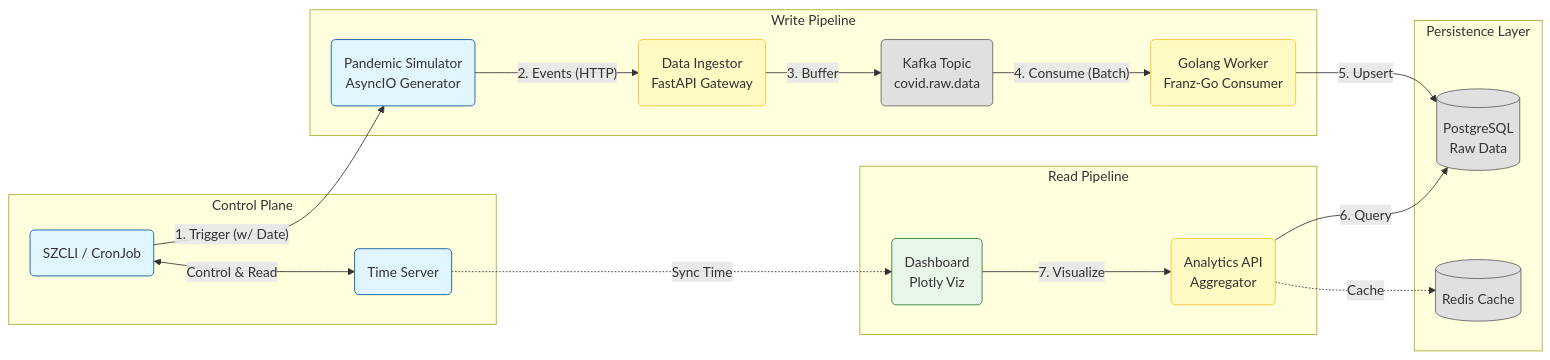
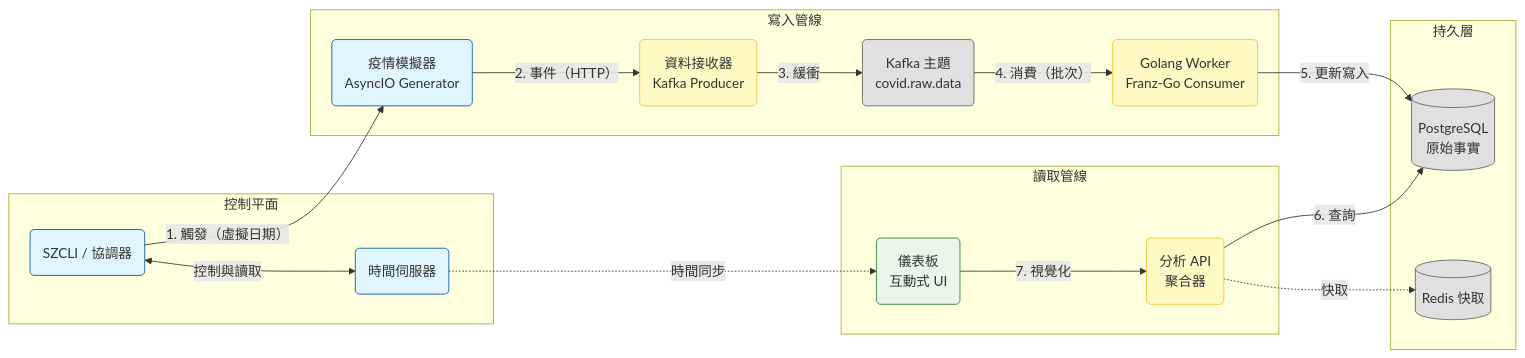
Before and after one commit to SafeChord/Docs: the diagram in docs/zh/safechord.safezone.md, drawn with Mermaid. The commit also changed other lines of this file and 27 other files, not shown here.

````diff
--- a/docs/zh/safechord.safezone.md
+++ b/docs/zh/safechord.safezone.md
@@ -41,47 +12,47 @@
 ```mermaid
 graph LR
-    %% 樣式定義
+    %% 樣式
     classDef source fill:#e1f5fe,stroke:#01579b;
     classDef process fill:#fff9c4,stroke:#fbc02d;
     classDef storage fill:#e0e0e0,stroke:#616161;
     classDef view fill:#e8f5e9,stroke:#2e7d32;
 
-    %% 觸發源
-    subgraph Trigger [Control Plane]
-        CLI(SZCLI / CronJob):::source
-        Time(Time Server):::source
+    %% 控制平面
+    subgraph Trigger [控制平面]
+        CLI(SZCLI / 協調器):::source
+        Time(時間伺服器):::source
     end
 
     %% 寫入路徑
-    subgraph WritePath [Write Pipeline]
-        Sim(Pandemic Simulator<br/>AsyncIO Generator):::source
-        Ingest(Data Ingestor<br/>FastAPI Gateway):::process
-        Kafka(Kafka Topic<br/>covid.raw.data):::storage
+    subgraph WritePath [寫入管線]
+        Sim(疫情模擬器<br/>AsyncIO Generator):::source
+        Ingest(資料接收器<br/>Kafka Producer):::process
+        Kafka(Kafka 主題<br/>covid.raw.data):::storage
         Worker(Golang Worker<br/>Franz-Go Consumer):::process
     end
 
-    %% 儲存層
-    subgraph DataStore [Persistence Layer]
-        DB[(PostgreSQL<br/>Raw Data)]:::storage
-        Redis[(Redis Cache)]:::storage
+    %% 持久儲存
+    subgraph DataStore [持久層]
+        DB[(PostgreSQL<br/>原始事實)]:::storage
+        Redis[(Redis 快取)]:::storage
     end
 
     %% 讀取路徑
-    subgraph ReadPath [Read Pipeline]
-        API(Analytics API<br/>Aggregator):::process
-        Dash(Dashboard<br/>Plotly Viz):::view
+    subgraph ReadPath [讀取管線]
+        API(分析 API<br/>聚合器):::process
+        Dash(儀表板<br/>互動式 UI):::view
     end
 
-    %% 關係連線
-    CLI <-->|"Control & Read"| Time
-    CLI -->|"1. Trigger (w/ Date)"| Sim
-    Sim -->|"2. Events (HTTP)"| Ingest
-    Ingest -->|"3. Buffer"| Kafka
-    Kafka -->|"4. Consume (Batch)"| Worker
-    Worker -->|"5. Upsert"| DB
+    %% 互動關係
+    CLI <-->|"控制與讀取"| Time
+    CLI -->|"1. 觸發（虛擬日期）"| Sim
+    Sim -->|"2. 事件（HTTP）"| Ingest
+    Ingest -->|"3. 緩衝"| Kafka
+    Kafka -->|"4. 消費（批次）"| Worker
+    Worker -->|"5. 更新寫入"| DB
     
-    API -->|"6. Query"| DB
-    API -.->|"Cache"| Redis
-    Dash -->|"7. Visualize"| API
-    Time -.->|"Sync Time"| Dash
+    API -->|"6. 查詢"| DB
+    API -.->|"快取"| Redis
+    Dash -->|"7. 視覺化"| API
+    Time -.->|"時間同步"| Dash
 ```
````
